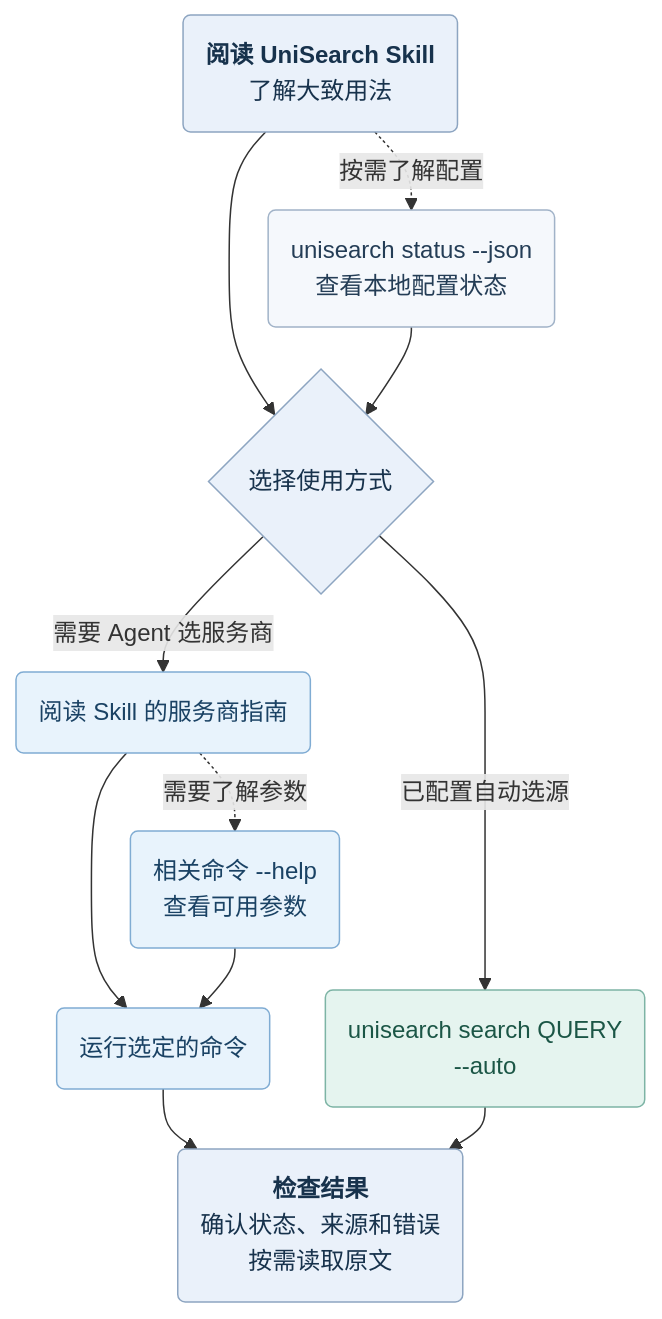
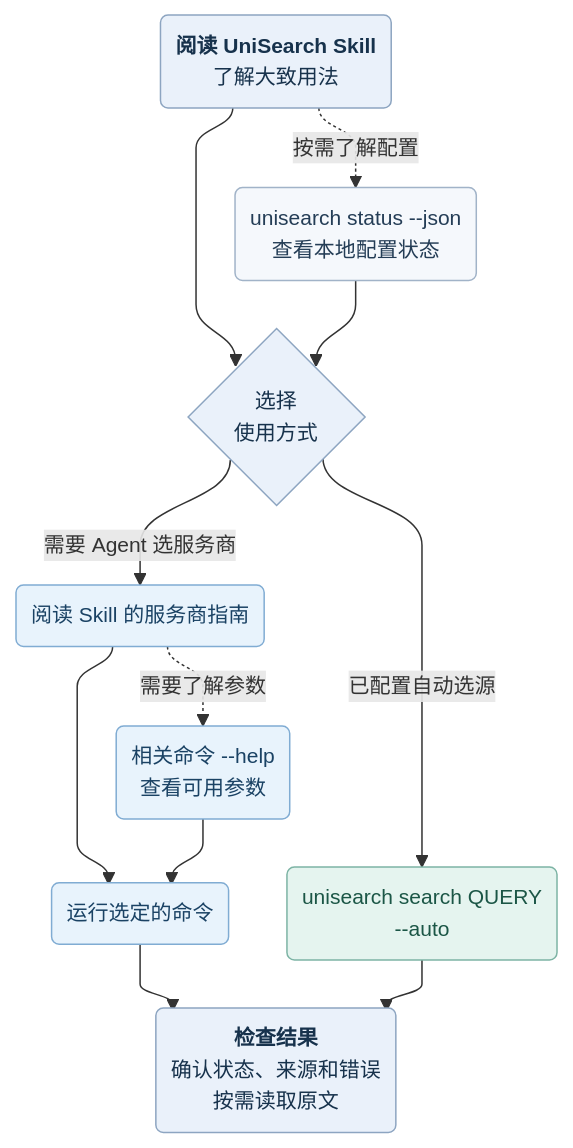
The diagram in README.zh-CN.md (ADabbler/unisearch), drawn with Mermaid before and after one commit. The commit also changed other lines of this file and 1 other file, not shown here.

Commit message:
docs(readme): refine workflow diagram and TinyFish link

````diff
--- a/README.zh-CN.md
+++ b/README.zh-CN.md
@@ -78,32 +78,39 @@
 ```mermaid
 ---
 config:
+    layout: dagre
+    themeVariables:
+        fontSize: 14px
     flowchart:
         nodeSpacing: 32
-        rankSpacing: 28
+        rankSpacing: 32
+        padding: 10
+        diagramPadding: 4
+        minNodeWidth: 0
+        wrappingWidth: 192
+        curve: bumpY
 ---
 flowchart TD
     accTitle: Agent 如何按需了解并使用 UniSearch
-    skill("<b>阅读 UniSearch Skill</b><br/>了解大致用法") --> entry{"选择使用方式"}
+    skill("<b>阅读 UniSearch Skill</b><br/>了解大致用法") --> entry{"选择<br/>使用方式"}
     skill -.->|按需了解配置| status("unisearch status --json<br/>查看本地配置状态")
     status --> entry
 
     entry -->|需要 Agent 选服务商| guide("阅读 Skill 的服务商指南")
     entry -->|已配置自动选源| auto("unisearch search QUERY<br/>--auto")
 
     guide --> run("运行选定的命令")
     guide -.->|需要了解参数| help("相关命令 --help<br/>查看可用参数")
     help --> run
 
-    run --> review("<b>检查结果</b><br/>确认状态、来源和错误<br/>按需读取原文")
-    auto --> review
+    run & auto --> review("<b>检查结果</b><br/>确认状态、来源和错误<br/>按需读取原文")
 
     classDef shared fill:#EAF1FA,stroke:#8DA5C1,color:#17324C;
     classDef neutral fill:#F5F8FC,stroke:#A1B3C8,color:#243D56;
     classDef agent fill:#E8F3FC,stroke:#80ACD3,color:#1A4264;
     classDef automatic fill:#E5F4EF,stroke:#7DB4A5,color:#1B5646;
     class skill,entry,review shared;
     class status neutral;
     class guide,help,run agent;
     class auto automatic;
 ```
````
